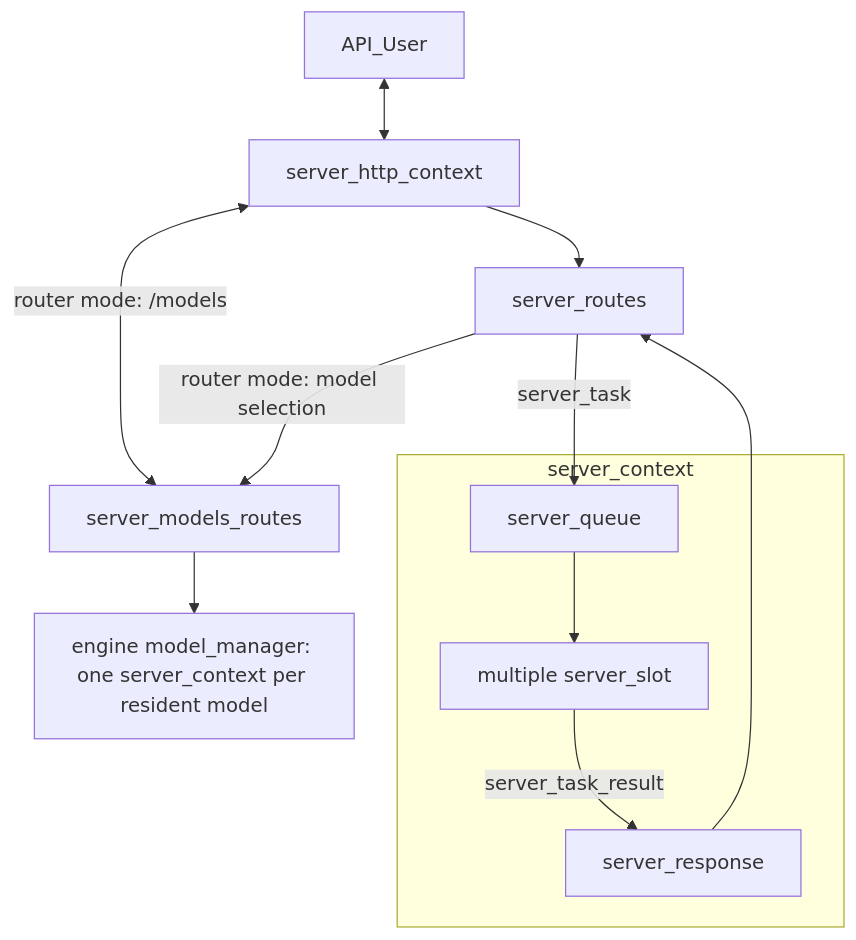
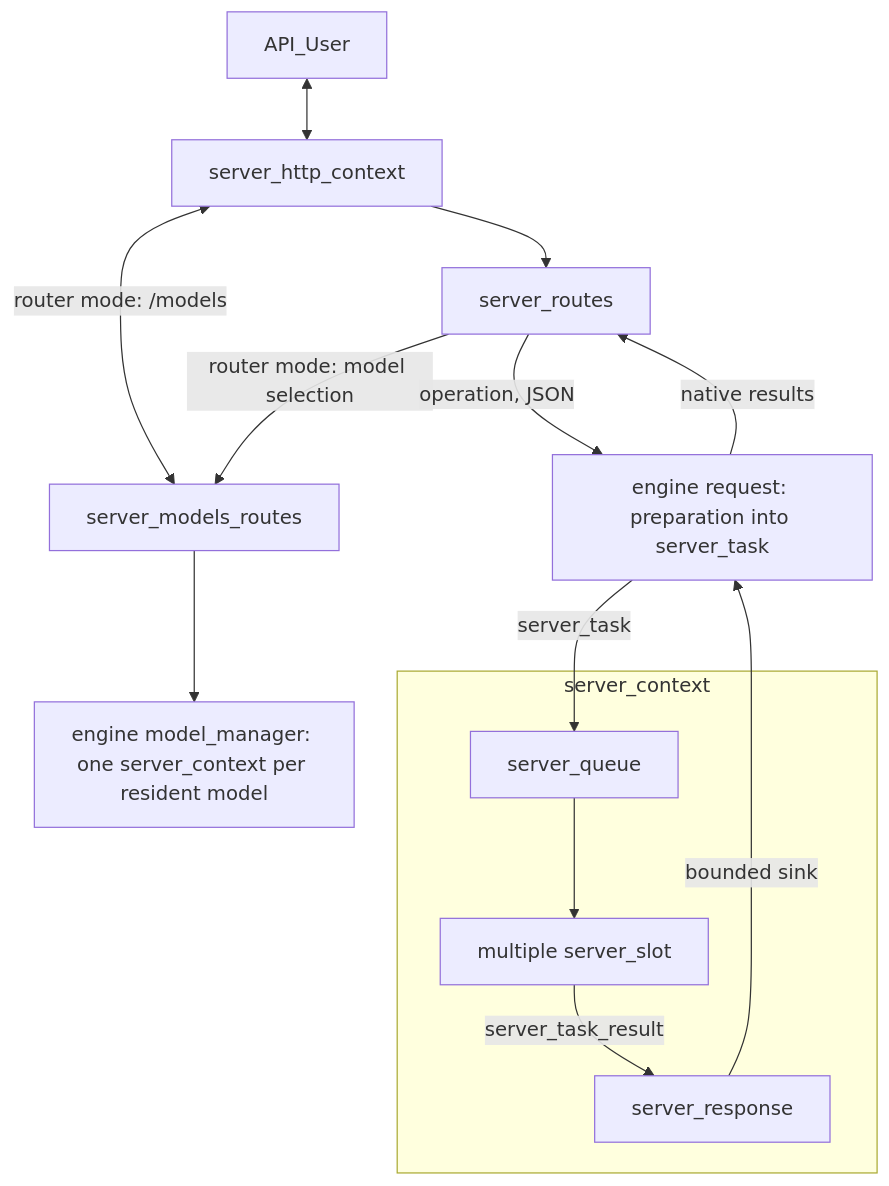
One commit to thom-dev-fr/llama.cpp changed the first of 2 diagrams in tools/server/README-dev.md. Above: the diagram before and after it, drawn with Mermaid. The commit also changed other lines of this file and 42 other files, not shown here.

````diff
--- a/tools/server/README-dev.md
+++ b/tools/server/README-dev.md
@@ -89,15 +96,17 @@
 ```mermaid
 graph TD
     API_User <--> server_http_context
     server_http_context <-- router mode: /models --> server_models_routes
     server_http_context --> server_routes
     server_routes -- router mode: model selection --> server_models_routes
     server_models_routes --> model_manager[engine model_manager: one server_context per resident model]
-    server_routes -- server_task --> server_queue
+    server_routes -- operation, JSON --> request[engine request: preparation into server_task]
+    request -- server_task --> server_queue
     subgraph server_context
         server_queue --> server_slot
         server_slot -- server_task_result --> server_response
         server_slot[multiple server_slot]
     end
-    server_response --> server_routes
+    server_response -- bounded sink --> request
+    request -- native results --> server_routes
 ```
````
